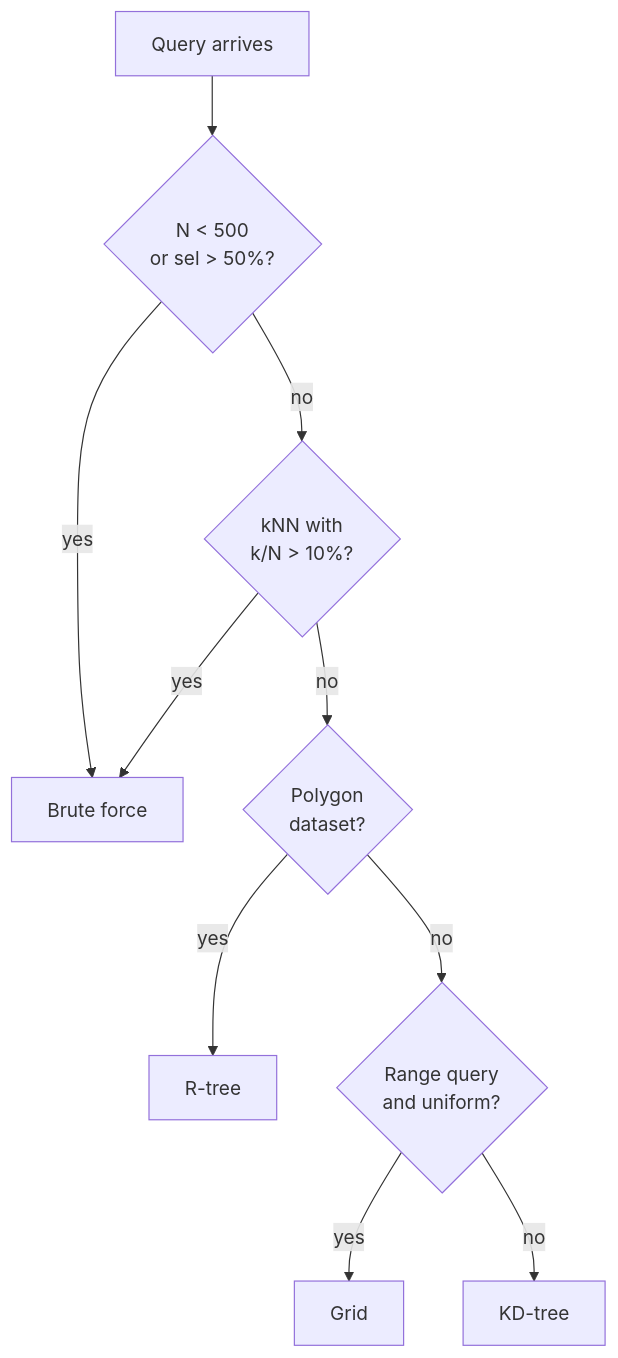
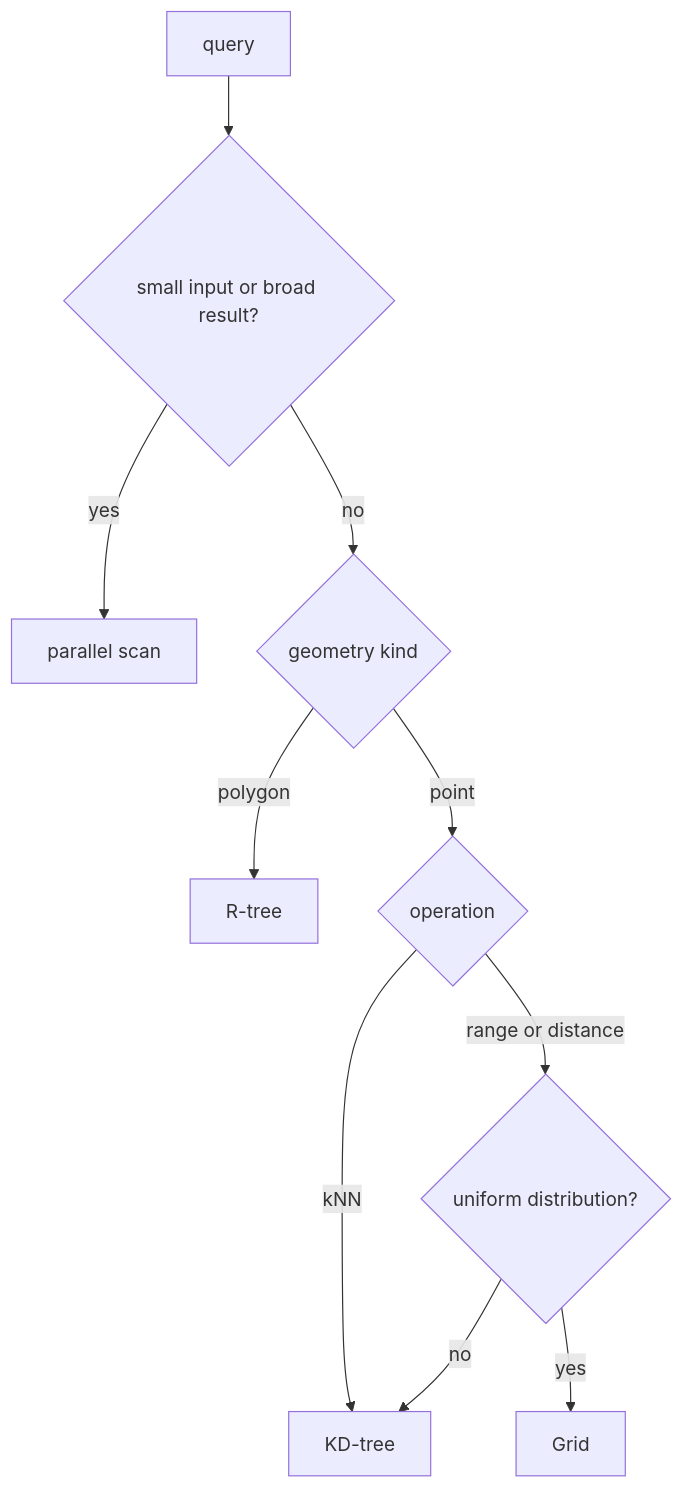
The third of 4 diagrams in docs/how-it-works/cost-model.md (pranav-walimbe/PyCanopy), drawn with Mermaid before and after one commit. The commit also changed other lines of this file and 18 other files, not shown here.

````diff
--- a/docs/how-it-works/cost-model.md
+++ b/docs/how-it-works/cost-model.md
@@ -30,12 +51,12 @@
 ```mermaid
 flowchart TD
-    A[Query arrives] --> B{N < 500\nor sel > 50%?}
-    B -- yes --> BF[Brute force]
-    B -- no --> C{kNN with\nk/N > 10%?}
-    C -- yes --> BF
-    C -- no --> D{Polygon\ndataset?}
-    D -- yes --> RT[R-tree]
-    D -- no --> E{Range query\nand uniform?}
-    E -- yes --> GR[Grid]
-    E -- no --> KD[KD-tree]
+    A["query"] --> SMALL{"small input or broad result?"}
+    SMALL -- yes --> SCAN["parallel scan"]
+    SMALL -- no --> KIND{"geometry kind"}
+    KIND -- polygon --> RT["R-tree"]
+    KIND -- point --> OP{"operation"}
+    OP -- kNN --> KD["KD-tree"]
+    OP -- range or distance --> DIST{"uniform distribution?"}
+    DIST -- yes --> GRID["Grid"]
+    DIST -- no --> KD
 ```
````
